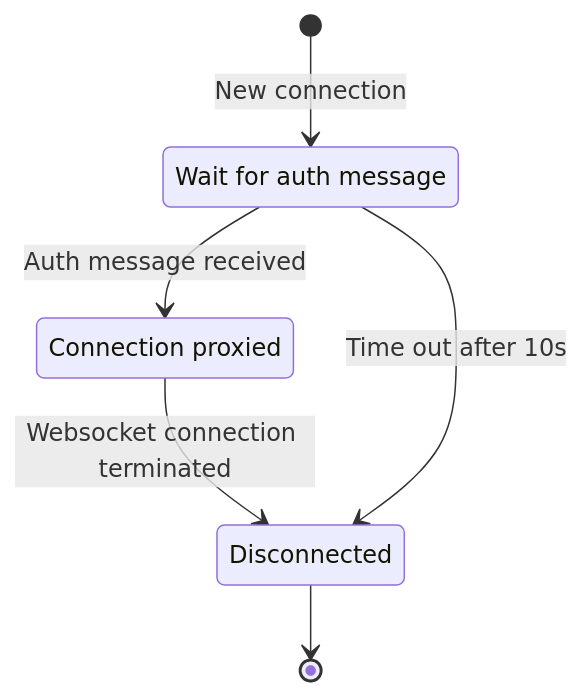
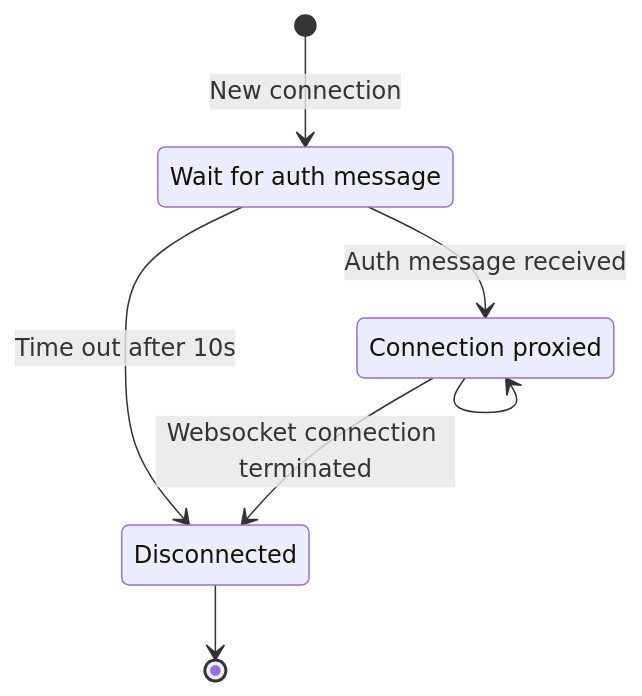
One commit to dyc3/ssw345-group-assignments changed the diagram in final-project/Figures/client-connection-state.mmd. Above: the diagram before and after it, drawn with Mermaid. The commit also changed 3 other files, not shown here.

First line of the commit message:
updated diagrams (#57)

```diff
--- a/final-project/Figures/client-connection-state.mmd
+++ b/final-project/Figures/client-connection-state.mmd
@@ -1,10 +1,11 @@
 stateDiagram-v2
     state "Wait for auth message" as wait
     state "Connection proxied" as proxied
     state "Disconnected" as disconnected
 
     [*] --> wait: New connection
     wait --> proxied: Auth message received
     proxied --> disconnected: Websocket connection terminated
+    proxied --> proxied
     wait --> disconnected: Time out after 10s
     disconnected --> [*]
```
